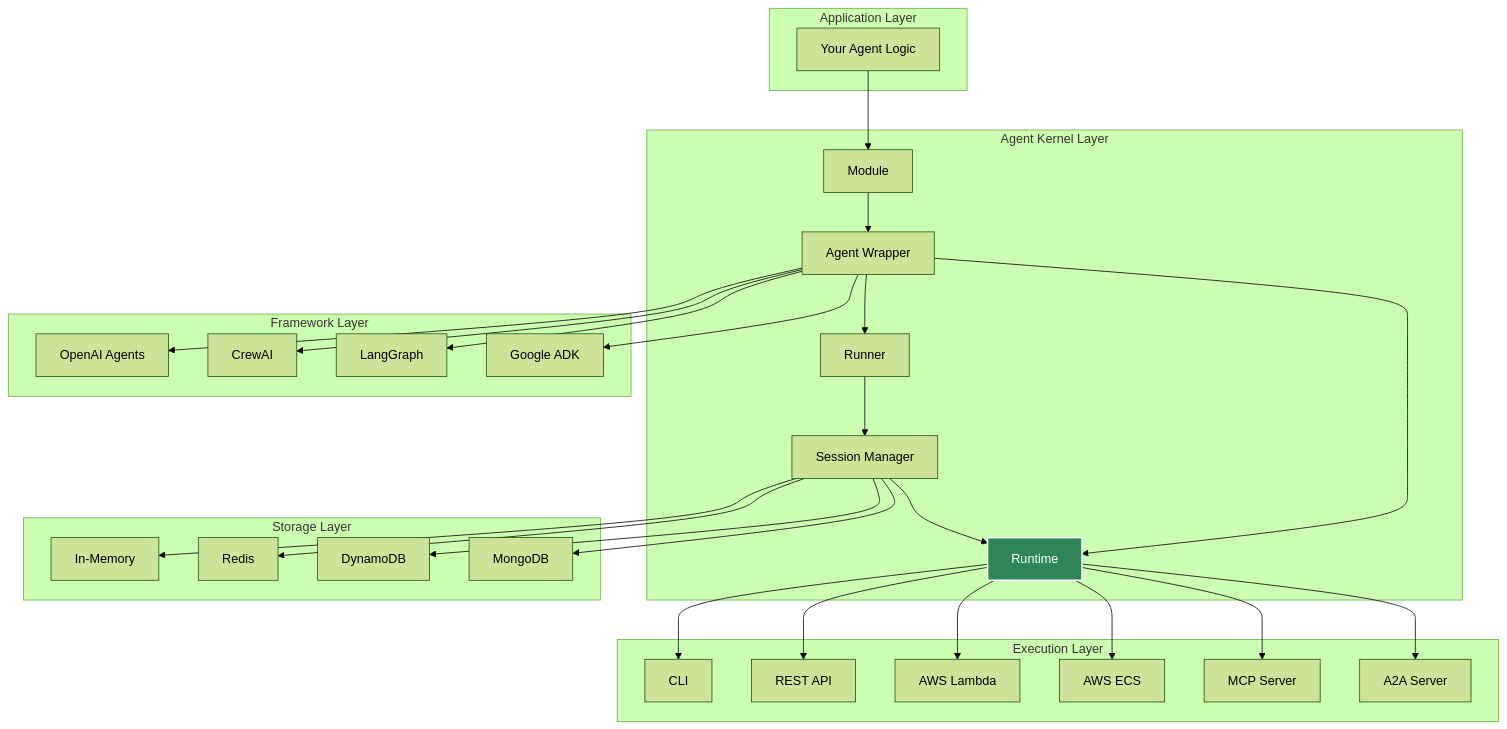
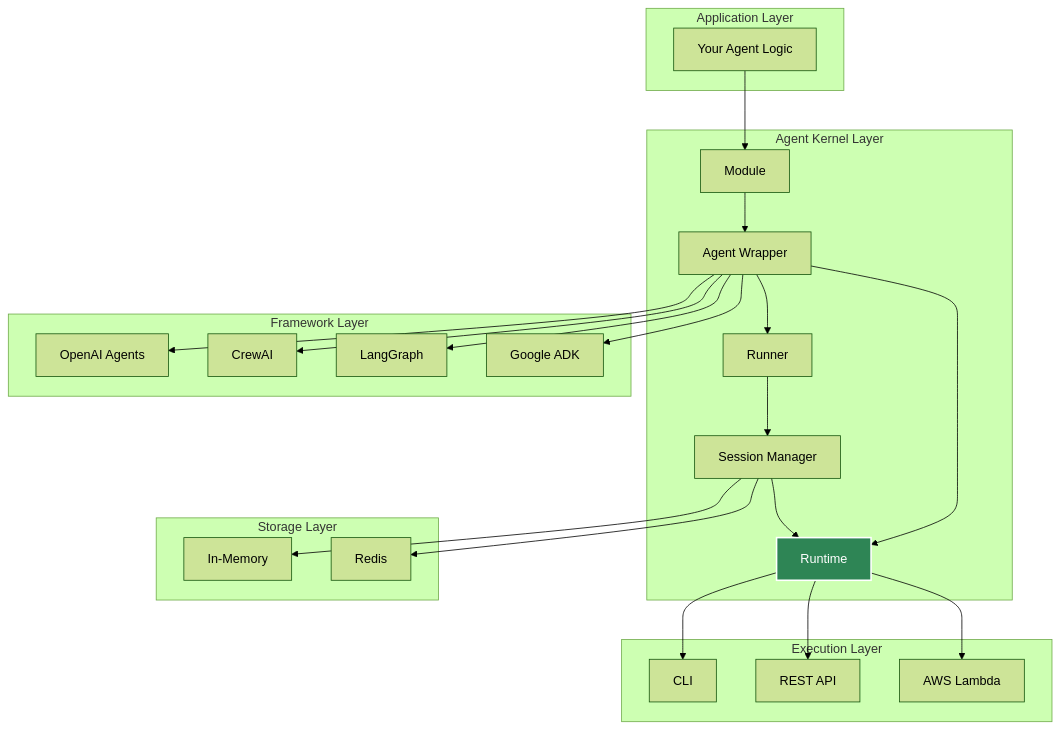
One commit to yaalalabs/agent-kernel changed the first of 2 diagrams in docs/docs/architecture/overview.md. Above: the diagram before and after it, drawn with Mermaid (forest theme). The commit also changed 6 other files, not shown here.

````diff
--- a/docs/docs/architecture/overview.md
+++ b/docs/docs/architecture/overview.md
@@ -11,63 +11,53 @@
 ```mermaid
 graph TB
     subgraph "Application Layer"
         A[Your Agent Logic]
     end
     
     subgraph "Agent Kernel Layer"
         B[Module]
         C[Agent Wrapper]
         D[Runner]
         E[Session Manager]
         F[Runtime]
     end
     
     subgraph "Framework Layer"
         G[OpenAI Agents]
         H[CrewAI]
         I[LangGraph]
         J[Google ADK]
     end
     
     subgraph "Storage Layer"
         K[In-Memory]
         L[Redis]
-        M[DynamoDB]
-        N[MongoDB]
     end
     
     subgraph "Execution Layer"
         O[CLI]
         P[REST API]
         Q[AWS Lambda]
-        R[AWS ECS]
-        S[MCP Server]
-        T[A2A Server]
     end
     
     A --> B
     B --> C
     C --> D
     D --> E
     C --> F
     E --> F
     
     C --> G
     C --> H
     C --> I
     C --> J
     
     E --> K
     E --> L
-    E --> M
-    E --> N
     
     F --> O
     F --> P
     F --> Q
-    F --> R
-    F --> S
-    F --> T
     
     style F fill:#2e8555,stroke:#fff,stroke-width:2px,color:#fff
 ```
````
